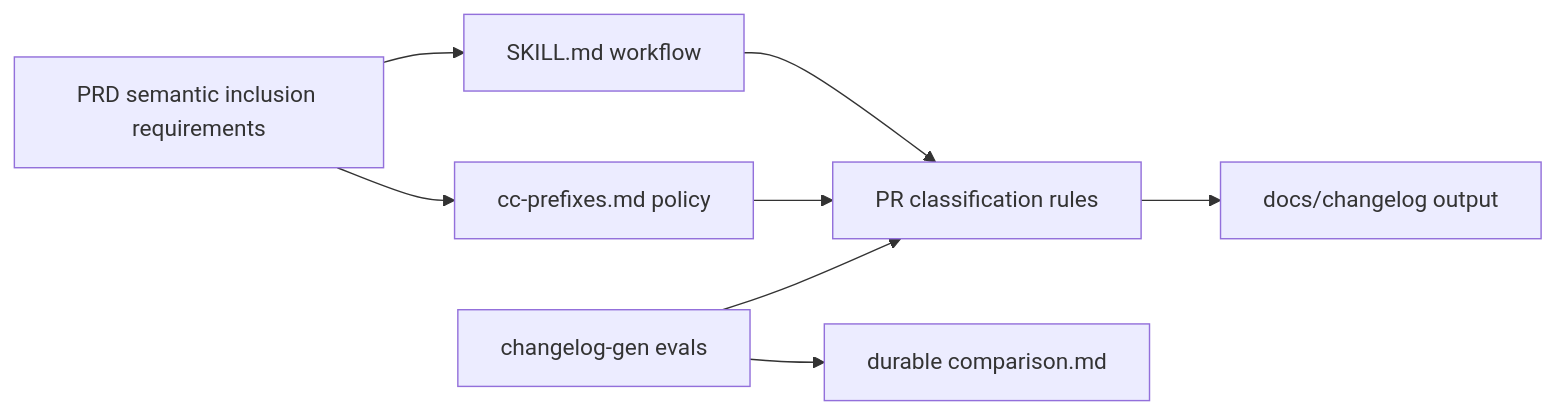
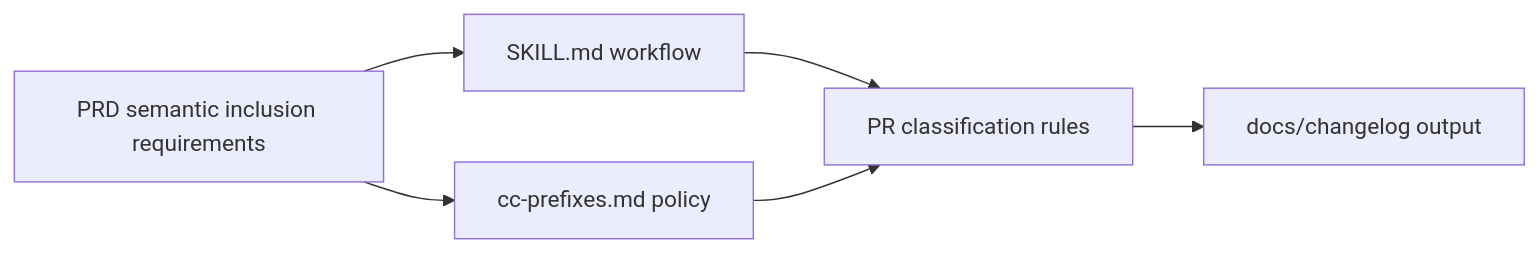
The first of 2 diagrams in docs/engineer/agents/pm-agent/skills/changelog-gen/TRD.md (Neplich/dev-agent-skills), drawn with Mermaid before and after one commit. The commit also changed other lines of this file and 71 other files, not shown here.

````diff
--- a/docs/engineer/agents/pm-agent/skills/changelog-gen/TRD.md
+++ b/docs/engineer/agents/pm-agent/skills/changelog-gen/TRD.md
@@ -44,10 +47,8 @@
 ```mermaid
 flowchart LR
     PRD["PRD semantic inclusion requirements"] --> Skill["SKILL.md workflow"]
     PRD --> Prefix["cc-prefixes.md policy"]
     Skill --> Classifier["PR classification rules"]
     Prefix --> Classifier
     Classifier --> Output["docs/changelog output"]
-    Eval["changelog-gen evals"] --> Classifier
-    Eval --> Compare["durable comparison.md"]
 ```
````
